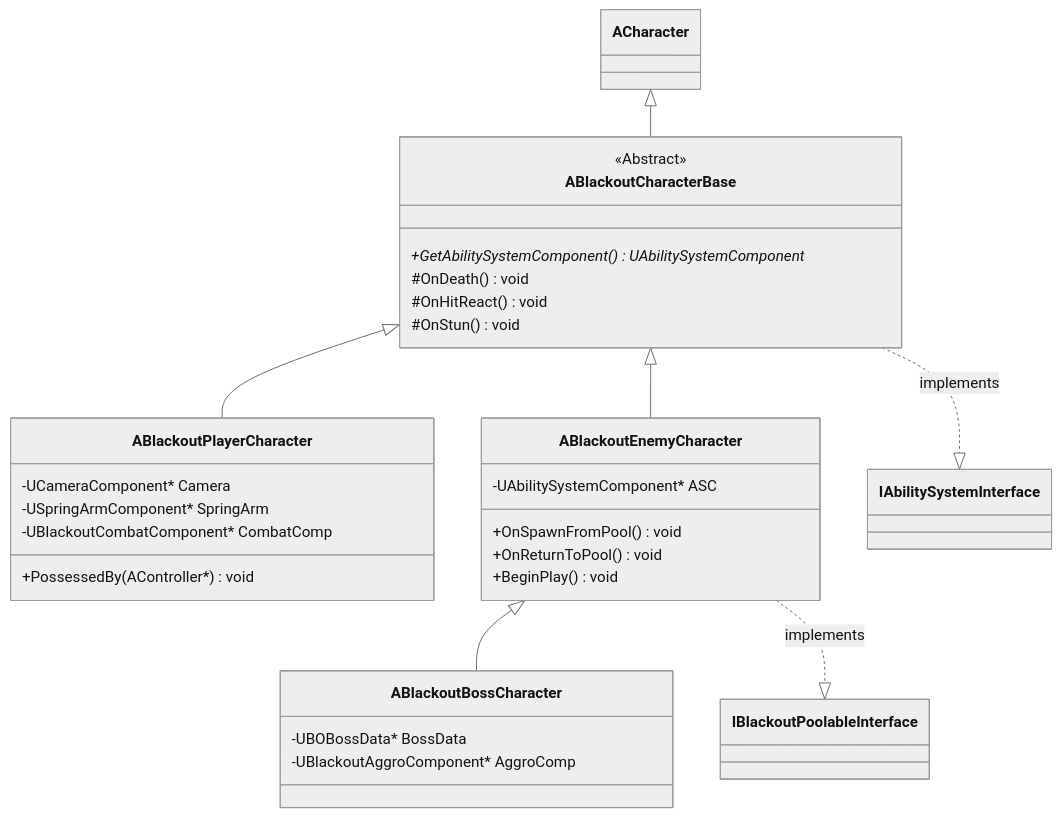
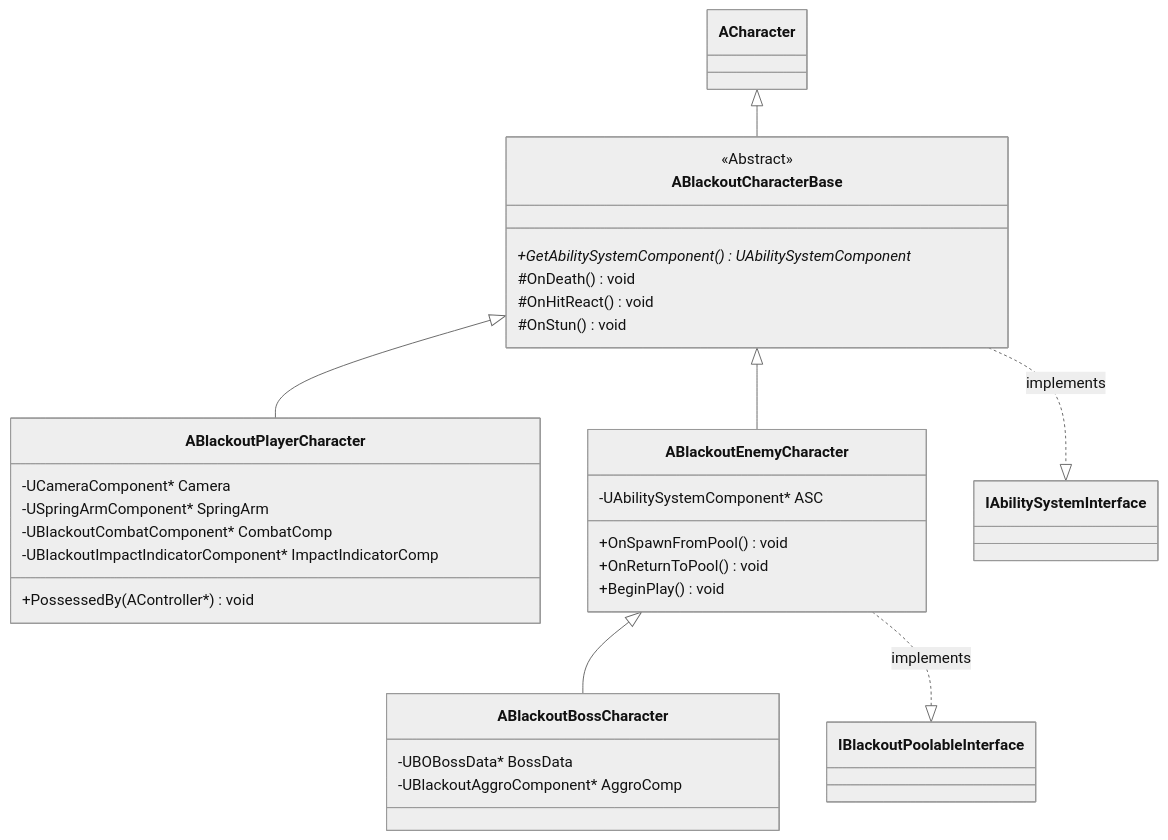
One commit to seongwon1579/ProjectBlackout changed the first of 12 diagrams in Docs/Project_Blackout_클래스다이어그램.md. Above: the diagram before and after it, drawn with Mermaid (neutral theme). The commit also changed other lines of this file and 7 other files, not shown here.

````diff
--- a/Docs/Project_Blackout_클래스다이어그램.md
+++ b/Docs/Project_Blackout_클래스다이어그램.md
@@ -11,40 +11,41 @@
 ```mermaid
 classDiagram
     direction TB
 
     ACharacter <|-- ABlackoutCharacterBase
     ABlackoutCharacterBase <|-- ABlackoutPlayerCharacter
     ABlackoutCharacterBase <|-- ABlackoutEnemyCharacter
     ABlackoutEnemyCharacter <|-- ABlackoutBossCharacter
 
     ABlackoutCharacterBase ..|> IAbilitySystemInterface : implements
 
     class ABlackoutCharacterBase {
         <<Abstract>>
         +GetAbilitySystemComponent() UAbilitySystemComponent*
         #OnDeath() void
         #OnHitReact() void
         #OnStun() void
     }
 
     class ABlackoutPlayerCharacter {
         -UCameraComponent* Camera
         -USpringArmComponent* SpringArm
         -UBlackoutCombatComponent* CombatComp
+        -UBlackoutImpactIndicatorComponent* ImpactIndicatorComp
         +PossessedBy(AController*) void
     }
 
     class ABlackoutEnemyCharacter {
         -UAbilitySystemComponent* ASC
         +OnSpawnFromPool() void
         +OnReturnToPool() void
         +BeginPlay() void
     }
 
     class ABlackoutBossCharacter {
         -UBOBossData* BossData
         -UBlackoutAggroComponent* AggroComp
     }
 
     ABlackoutEnemyCharacter ..|> IBlackoutPoolableInterface : implements
 ```
````
